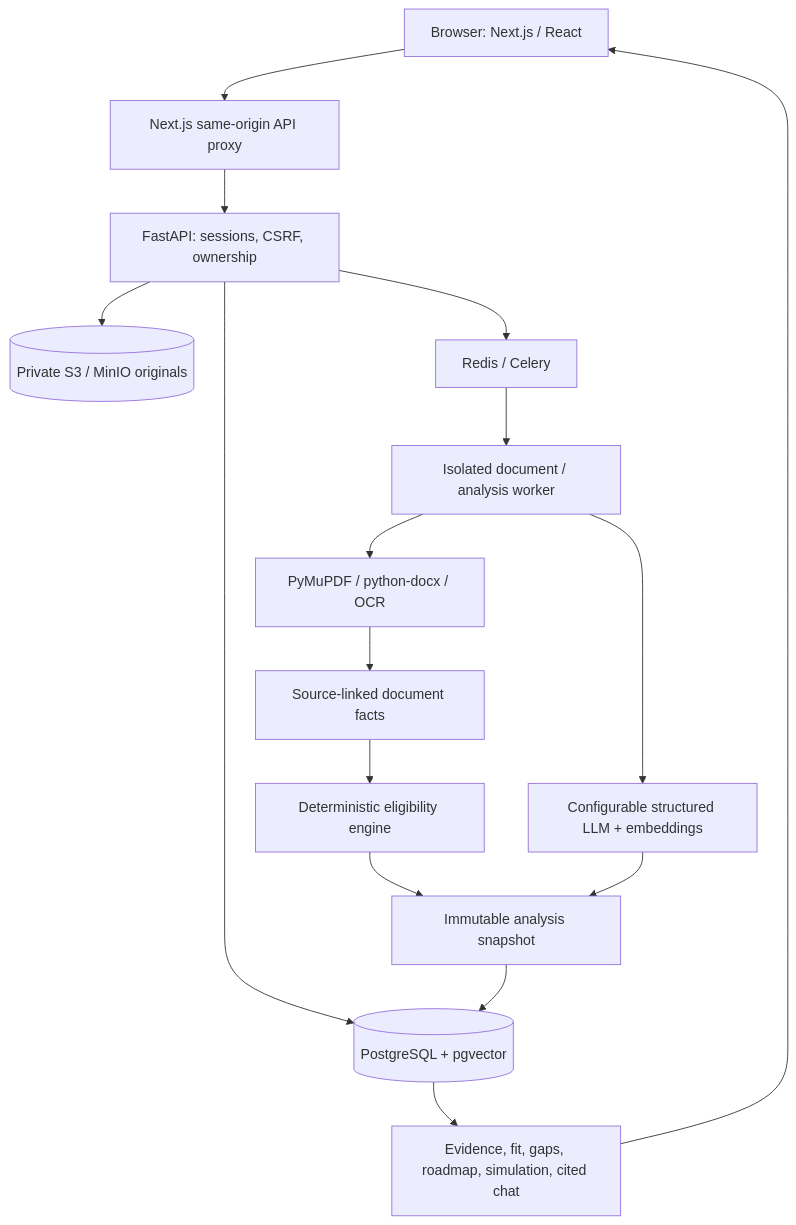
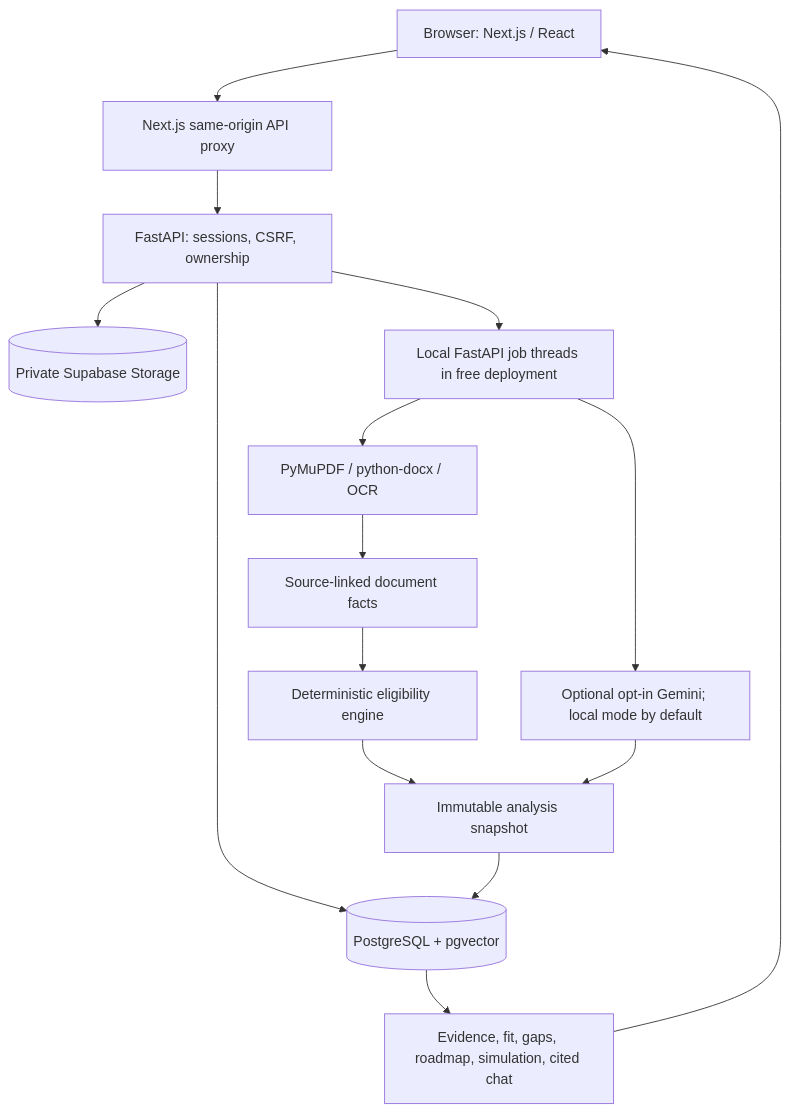
One commit to faresfadly1/ScholarAI changed the first of 2 diagrams in README.md. Above: the diagram before and after it, drawn with Mermaid. The commit also changed other lines of this file and 31 other files, not shown here.

````diff
--- a/README.md
+++ b/README.md
@@ -65,18 +63,17 @@
 ```mermaid
 flowchart TD
     Browser[Browser: Next.js / React] --> Web[Next.js same-origin API proxy]
     Web --> API[FastAPI: sessions, CSRF, ownership]
     API --> DB[(PostgreSQL + pgvector)]
-    API --> Storage[(Private S3 / MinIO originals)]
-    API --> Queue[Redis / Celery]
-    Queue --> Worker[Isolated document / analysis worker]
-    Worker --> Parser[PyMuPDF / python-docx / OCR]
+    API --> Storage[(Private Supabase Storage)]
+    API --> Jobs[Local FastAPI job threads in free deployment]
+    Jobs --> Parser[PyMuPDF / python-docx / OCR]
     Parser --> Facts[Source-linked document facts]
     Facts --> Rules[Deterministic eligibility engine]
-    Worker --> AI[Configurable structured LLM + embeddings]
+    Jobs --> AI[Optional opt-in Gemini; local mode by default]
     Rules --> Snapshot[Immutable analysis snapshot]
     AI --> Snapshot
     Snapshot --> DB
     DB --> Report[Evidence, fit, gaps, roadmap, simulation, cited chat]
     Report --> Browser
 ```
````
